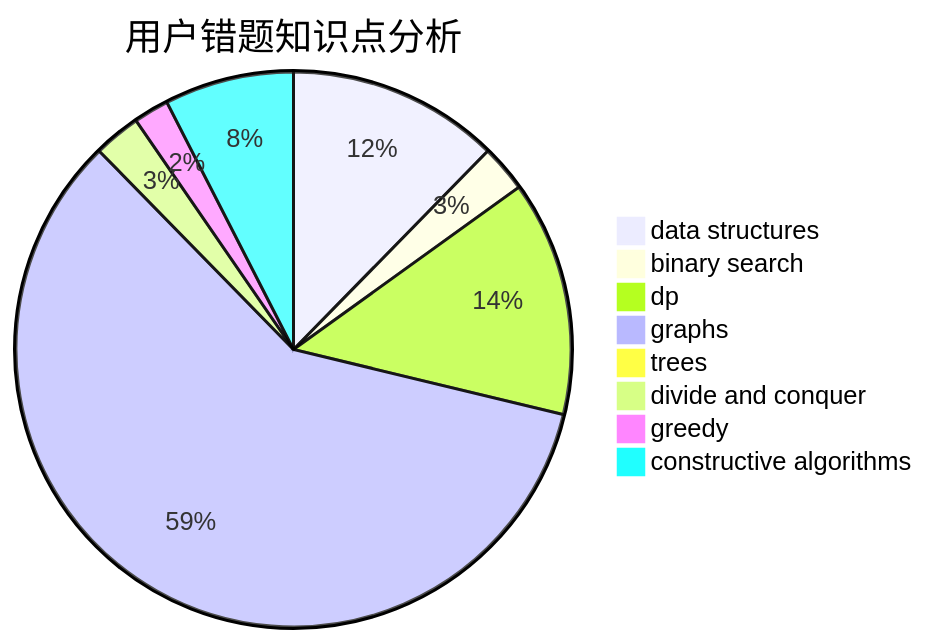
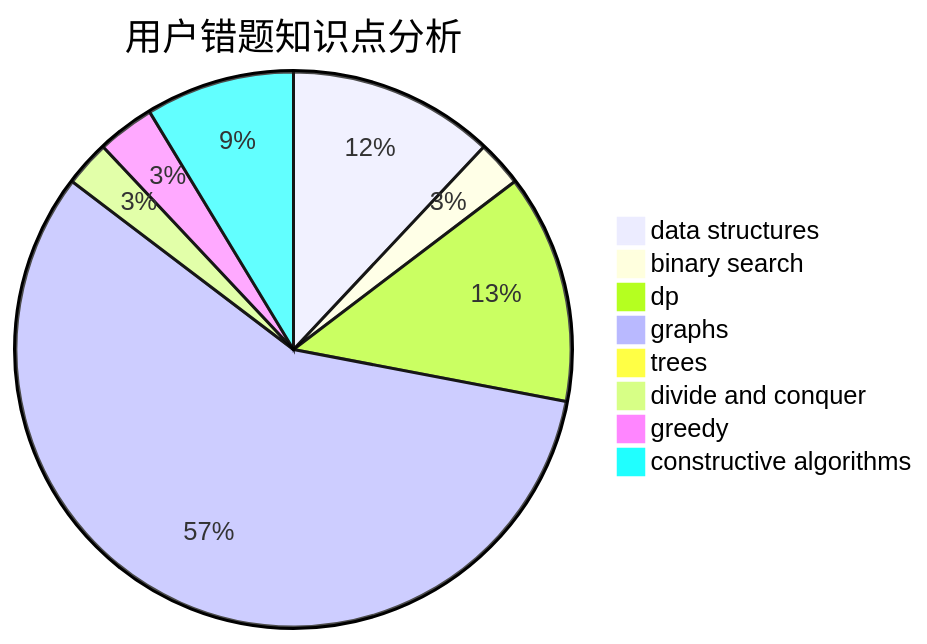
The third of 3 diagrams in docs/user/u1116.md (sherpahu/cfrs.github.io), drawn with Mermaid before and after one commit. The commit also changed other lines of this file and 2770 other files, not shown here.

````diff
--- a/docs/user/u1116.md
+++ b/docs/user/u1116.md
@@ -36,11 +36,11 @@
 ```mermaid
 pie title 用户错题知识点分析
     "data structures" :  18
     "binary search" :  4
     "dp" :  20
     "graphs" :  86
     "trees" :  0
     "divide and conquer" :  4
-    "greedy" :  3
-    "constructive algorithms" :  11
+    "greedy" :  5
+    "constructive algorithms" :  13
 ```
````
